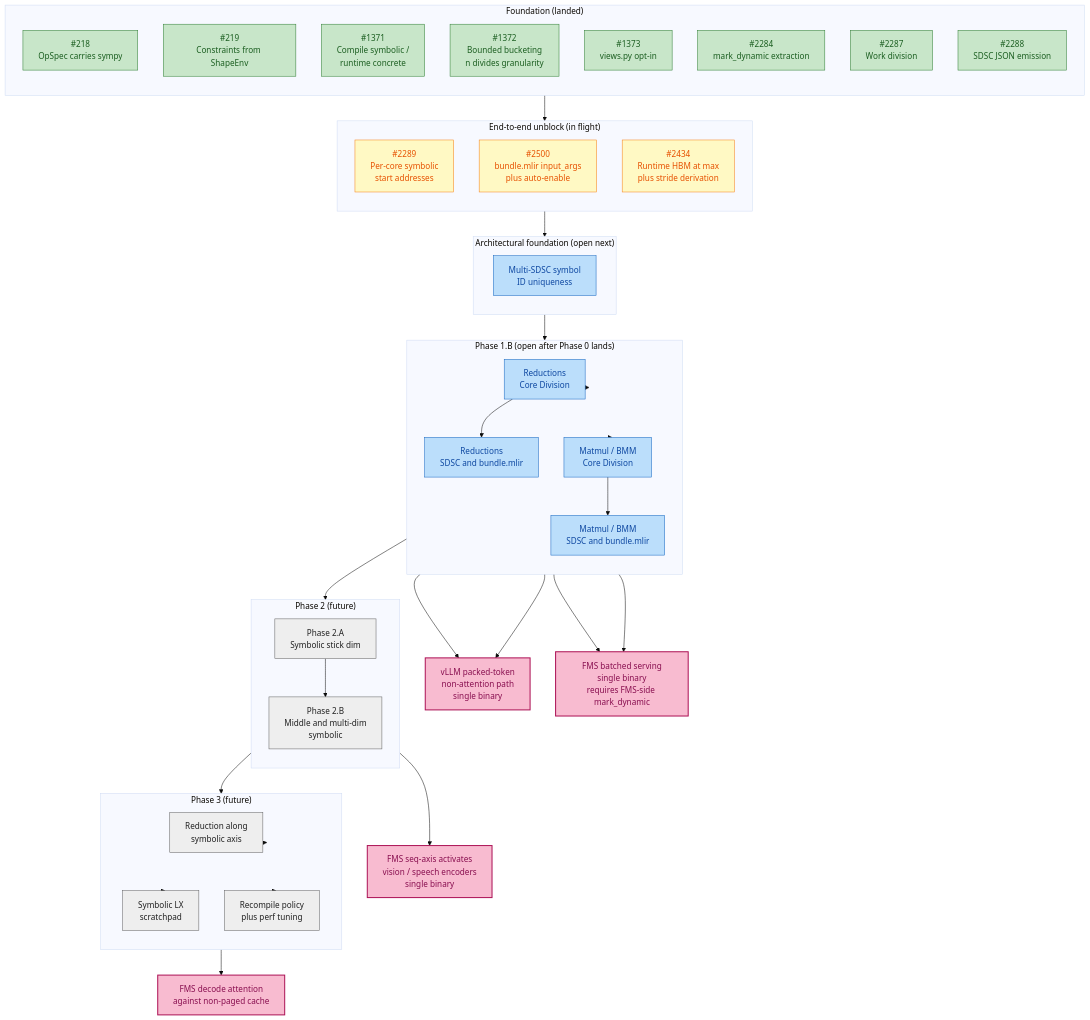
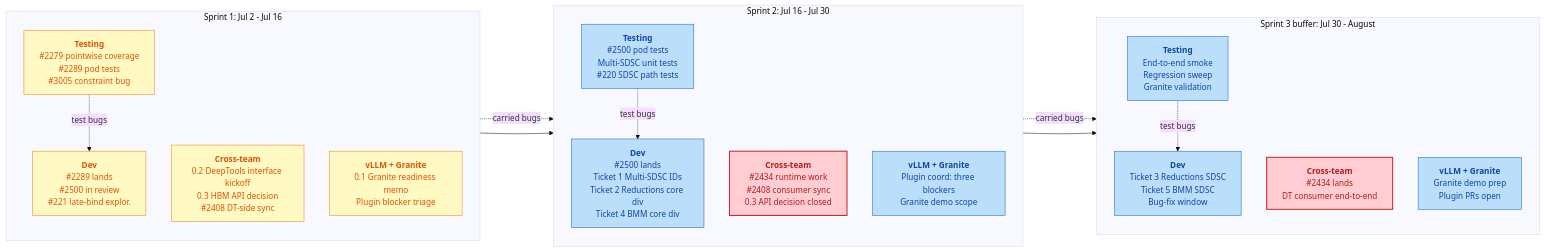
One commit to Vivek1258/torch-spyre changed the diagram in docs/source/compiler/Symbolic_Shapes_Roadmap.md. Above: the diagram before and after it, drawn with Mermaid (base theme). The commit also changed other lines of this file, not shown here.

````diff
--- a/docs/source/compiler/Symbolic_Shapes_Roadmap.md
+++ b/docs/source/compiler/Symbolic_Shapes_Roadmap.md
@@ -7,95 +30,45 @@
 ```mermaid
-flowchart TB
-    %% ============ FOUNDATION (LANDED) ============
-    subgraph FOUNDATION ["Foundation (landed)"]
+flowchart LR
+    %% =============== SPRINT 1 ===============
+    subgraph SPR1 ["Sprint 1: Jul 2 - Jul 16"]
         direction TB
-        F218[#218<br/>OpSpec carries sympy]
-        F219[#219<br/>Constraints from ShapeEnv]
-        F1371[#1371<br/>Compile symbolic /<br/>runtime concrete]
-        F1372[#1372<br/>Bounded bucketing<br/>n divides granularity]
-        F1373[#1373<br/>views.py opt-in]
-        F2284[#2284<br/>mark_dynamic extraction]
-        F2287[#2287<br/>Work division]
-        F2288[#2288<br/>SDSC JSON emission]
+        S1_DEV["<b>Dev</b><br/>#2289 lands<br/>#2500 in review<br/>#221 late-bind explor."]:::inflight
+        S1_CT["<b>Cross-team</b><br/>0.2 DeepTools interface kickoff<br/>0.3 HBM API decision<br/>#2408 DT-side sync"]:::inflight
+        S1_VLLM["<b>vLLM + Granite</b><br/>0.1 Granite readiness memo<br/>Plugin blocker triage"]:::inflight
+        S1_TEST["<b>Testing</b><br/>#2279 pointwise coverage<br/>#2289 pod tests<br/>#3005 constraint bug"]:::inflight
     end
 
-    %% ============ END-TO-END UNBLOCK (IN FLIGHT) ============
-    subgraph INFLIGHT ["End-to-end unblock (in flight)"]
+    %% =============== SPRINT 2 ===============
+    subgraph SPR2 ["Sprint 2: Jul 16 - Jul 30"]
         direction TB
-        I2289[#2289<br/>Per-core symbolic<br/>start addresses]
-        I2500[#2500<br/>bundle.mlir input_args<br/>plus auto-enable]
-        I2434[#2434<br/>Runtime HBM at max<br/>plus stride derivation]
+        S2_DEV["<b>Dev</b><br/>#2500 lands<br/>Ticket 1 Multi-SDSC IDs<br/>Ticket 2 Reductions core div<br/>Ticket 4 BMM core div"]:::next
+        S2_CT["<b>Cross-team</b><br/>#2434 runtime work<br/>#2408 consumer sync<br/>0.3 API decision closed"]:::atrisk
+        S2_VLLM["<b>vLLM + Granite</b><br/>Plugin coord: three blockers<br/>Granite demo scope"]:::next
+        S2_TEST["<b>Testing</b><br/>#2500 pod tests<br/>Multi-SDSC unit tests<br/>#220 SDSC path tests"]:::next
     end
 
-    %% ============ ARCHITECTURAL FOUNDATION (NEXT) ============
-    subgraph ARCH ["Architectural foundation (open next)"]
+    %% =============== SPRINT 3 ===============
+    subgraph SPR3 ["Sprint 3 buffer: Jul 30 - August"]
         direction TB
-        A5[Multi-SDSC symbol<br/>ID uniqueness]
+        S3_DEV["<b>Dev</b><br/>Ticket 3 Reductions SDSC<br/>Ticket 5 BMM SDSC<br/>Bug-fix window"]:::next
+        S3_CT["<b>Cross-team</b><br/>#2434 lands<br/>DT consumer end-to-end"]:::atrisk
+        S3_VLLM["<b>vLLM + Granite</b><br/>Granite demo prep<br/>Plugin PRs open"]:::next
+        S3_TEST["<b>Testing</b><br/>End-to-end smoke<br/>Regression sweep<br/>Granite validation"]:::next
     end
 
-    %% ============ PHASE 1.B (NEXT) ============
-    subgraph P1B ["Phase 1.B (open after Phase 0 lands)"]
-        direction TB
-        P1B1[Reductions<br/>Core Division]
-        P1B2[Reductions<br/>SDSC and bundle.mlir]
-        P1B3[Matmul / BMM<br/>Core Division]
-        P1B4[Matmul / BMM<br/>SDSC and bundle.mlir]
-    end
+    %% =============== SPRINT FLOW ===============
+    SPR1 --> SPR2 --> SPR3
 
-    %% ============ PHASE 2 (FUTURE) ============
-    subgraph P2 ["Phase 2 (future)"]
-        direction TB
-        P2A[Phase 2.A<br/>Symbolic stick dim]
-        P2B[Phase 2.B<br/>Middle and multi-dim<br/>symbolic]
-    end
+    %% =============== TEST-FIX LOOP ===============
+    S1_TEST -.->|test bugs| S1_DEV
+    S2_TEST -.->|test bugs| S2_DEV
+    S3_TEST -.->|test bugs| S3_DEV
+    S1_TEST -.->|carried bugs| S2_DEV
+    S2_TEST -.->|carried bugs| S3_DEV
 
-    %% ============ PHASE 3 (FUTURE) ============
-    subgraph P3 ["Phase 3 (future)"]
-        direction TB
-        P3R[Reduction along<br/>symbolic axis]
-        P3L[Symbolic LX<br/>scratchpad]
-        P3P[Recompile policy<br/>plus perf tuning]
-    end
-
-    %% ============ WORKLOAD MILESTONES ============
-    V1[vLLM packed-token<br/>non-attention path<br/>single binary]:::value
-    V2[FMS batched serving<br/>single binary<br/>requires FMS-side mark_dynamic]:::value
-    V3[FMS seq-axis activates<br/>vision / speech encoders<br/>single binary]:::value
-    V4[FMS decode attention<br/>against non-paged cache]:::value
-
-    %% ============ DEPENDENCIES ============
-    FOUNDATION --> INFLIGHT
-    INFLIGHT --> ARCH
-    ARCH --> P1B
-    P1B --> P1B1
-    P1B --> P1B3
-    P1B1 --> P1B2
-    P1B3 --> P1B4
-
-    P1B2 --> V1
-    P1B4 --> V1
-    P1B2 --> V2
-    P1B4 --> V2
-
-    P1B --> P2A
-    P2A --> P2B
-    P2B --> V3
-
-    P2B --> P3
-    P3 --> P3R
-    P3 --> P3L
-    P3 --> P3P
-    P3R --> V4
-
-    %% ============ STYLING ============
-    classDef done fill:#c8e6c9,stroke:#2e7d32,color:#1b5e20
+    %% =============== STYLING ===============
     classDef inflight fill:#fff9c4,stroke:#f57f17,color:#e65100
     classDef next fill:#bbdefb,stroke:#1565c0,color:#0d47a1
-    classDef future fill:#eeeeee,stroke:#616161,color:#212121
-    classDef value fill:#f8bbd0,stroke:#ad1457,color:#880e4f,stroke-width:2px
-
-    class F218,F219,F1371,F1372,F1373,F2284,F2287,F2288 done
-    class I2289,I2500,I2434 inflight
-    class A5,P1B1,P1B2,P1B3,P1B4 next
-    class P2A,P2B,P3R,P3L,P3P future
+    classDef atrisk fill:#ffcdd2,stroke:#c62828,color:#b71c1c,stroke-width:2px
+    classDef done fill:#c8e6c9,stroke:#2e7d32,color:#1b5e20
 ```
````
